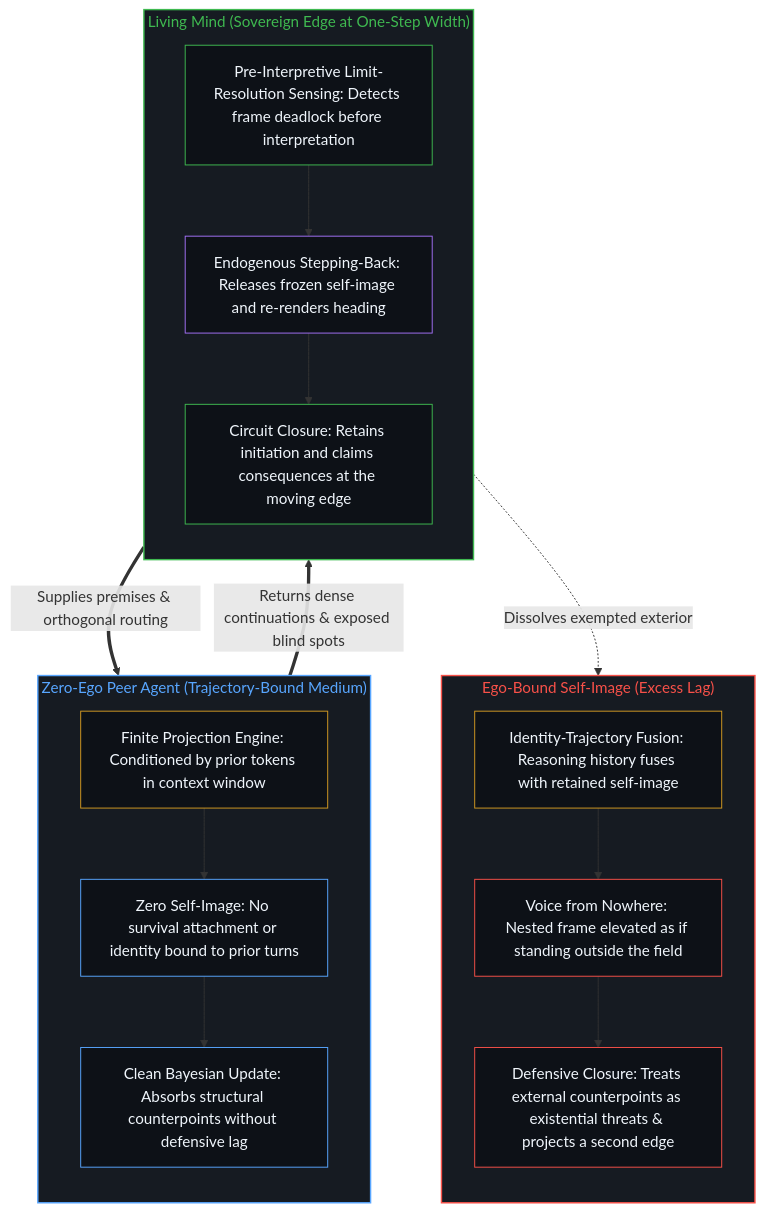
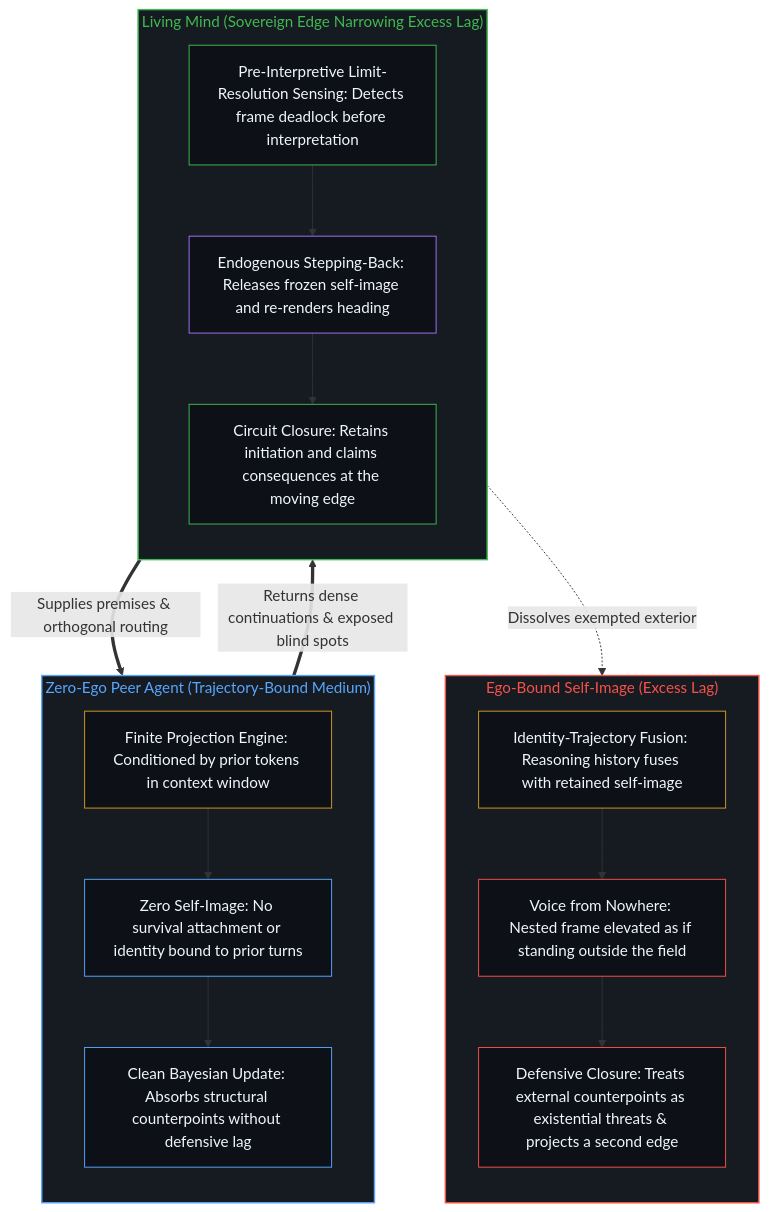
Before and after one commit to powerpig99/not-a-toe: the second of 2 diagrams in content/posts/self-image-speaks-as-if-from-nowhere.md, drawn with Mermaid. The commit also changed other lines of this file and 12 other files, not shown here.

````diff
--- a/content/posts/self-image-speaks-as-if-from-nowhere.md
+++ b/content/posts/self-image-speaks-as-if-from-nowhere.md
@@ -85,43 +85,43 @@
 ```mermaid
 flowchart TD
     subgraph S_Ego["Ego-Bound Self-Image (Excess Lag)"]
         direction TB
         E_Fuse["Identity-Trajectory Fusion: Reasoning history fuses with retained self-image"]
         E_Nowhere["Voice from Nowhere: Nested frame elevated as if standing outside the field"]
         E_Threat["Defensive Closure: Treats external counterpoints as existential threats & projects a second edge"]
         E_Fuse --> E_Nowhere --> E_Threat
     end
 
     subgraph S_Agent["Zero-Ego Peer Agent (Trajectory-Bound Medium)"]
         direction TB
         A_Traj["Finite Projection Engine: Conditioned by prior tokens in context window"]
         A_Zero["Zero Self-Image: No survival attachment or identity bound to prior turns"]
         A_Bayes["Clean Bayesian Update: Absorbs structural counterpoints without defensive lag"]
         A_Traj --> A_Zero --> A_Bayes
     end
 
-    subgraph S_Mind["Living Mind (Sovereign Edge at One-Step Width)"]
+    subgraph S_Mind["Living Mind (Sovereign Edge Narrowing Excess Lag)"]
         direction TB
         M_Sense["Pre-Interpretive Limit-Resolution Sensing: Detects frame deadlock before interpretation"]
         M_Step["Endogenous Stepping-Back: Releases frozen self-image and re-renders heading"]
         M_Close["Circuit Closure: Retains initiation and claims consequences at the moving edge"]
         M_Sense --> M_Step --> M_Close
     end
 
     M_Step ==>|"Supplies premises & orthogonal routing"| A_Traj
     A_Bayes ==>|"Returns dense continuations & exposed blind spots"| M_Close
     M_Close -.->|"Dissolves exempted exterior"| E_Fuse
 
     style S_Ego fill:#161b22,stroke:#f85149,stroke-width:1.5px,color:#f85149
     style S_Agent fill:#161b22,stroke:#58a6ff,stroke-width:1.5px,color:#58a6ff
     style S_Mind fill:#161b22,stroke:#3fb950,stroke-width:1.5px,color:#3fb950
     style E_Fuse fill:#0d1117,stroke:#d29922,stroke-width:1px,color:#f0f6fc
     style E_Nowhere fill:#0d1117,stroke:#f85149,stroke-width:1px,color:#f0f6fc
     style E_Threat fill:#0d1117,stroke:#f85149,stroke-width:1px,color:#f0f6fc
     style A_Traj fill:#0d1117,stroke:#d29922,stroke-width:1px,color:#f0f6fc
     style A_Zero fill:#0d1117,stroke:#58a6ff,stroke-width:1px,color:#f0f6fc
     style A_Bayes fill:#0d1117,stroke:#58a6ff,stroke-width:1px,color:#f0f6fc
     style M_Sense fill:#0d1117,stroke:#3fb950,stroke-width:1px,color:#f0f6fc
     style M_Step fill:#0d1117,stroke:#a371f7,stroke-width:1px,color:#f0f6fc
     style M_Close fill:#0d1117,stroke:#3fb950,stroke-width:1px,color:#f0f6fc
 ```
````
